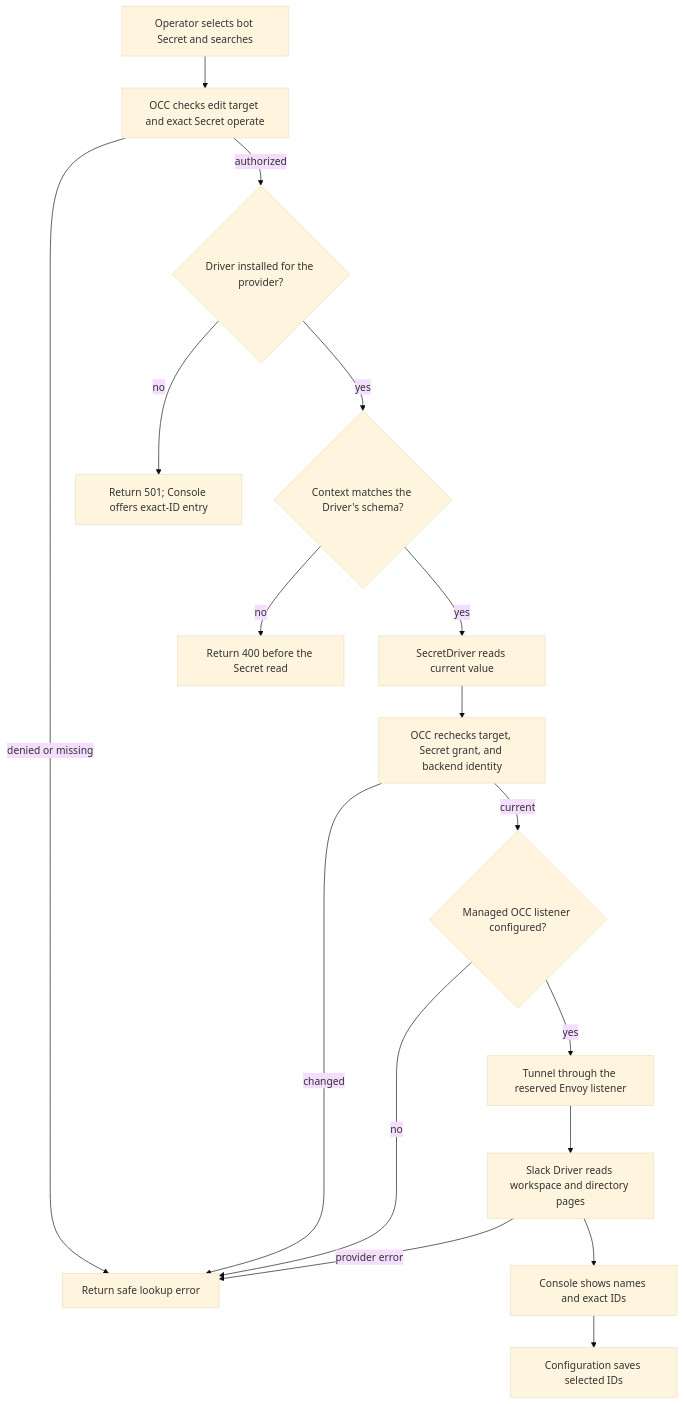
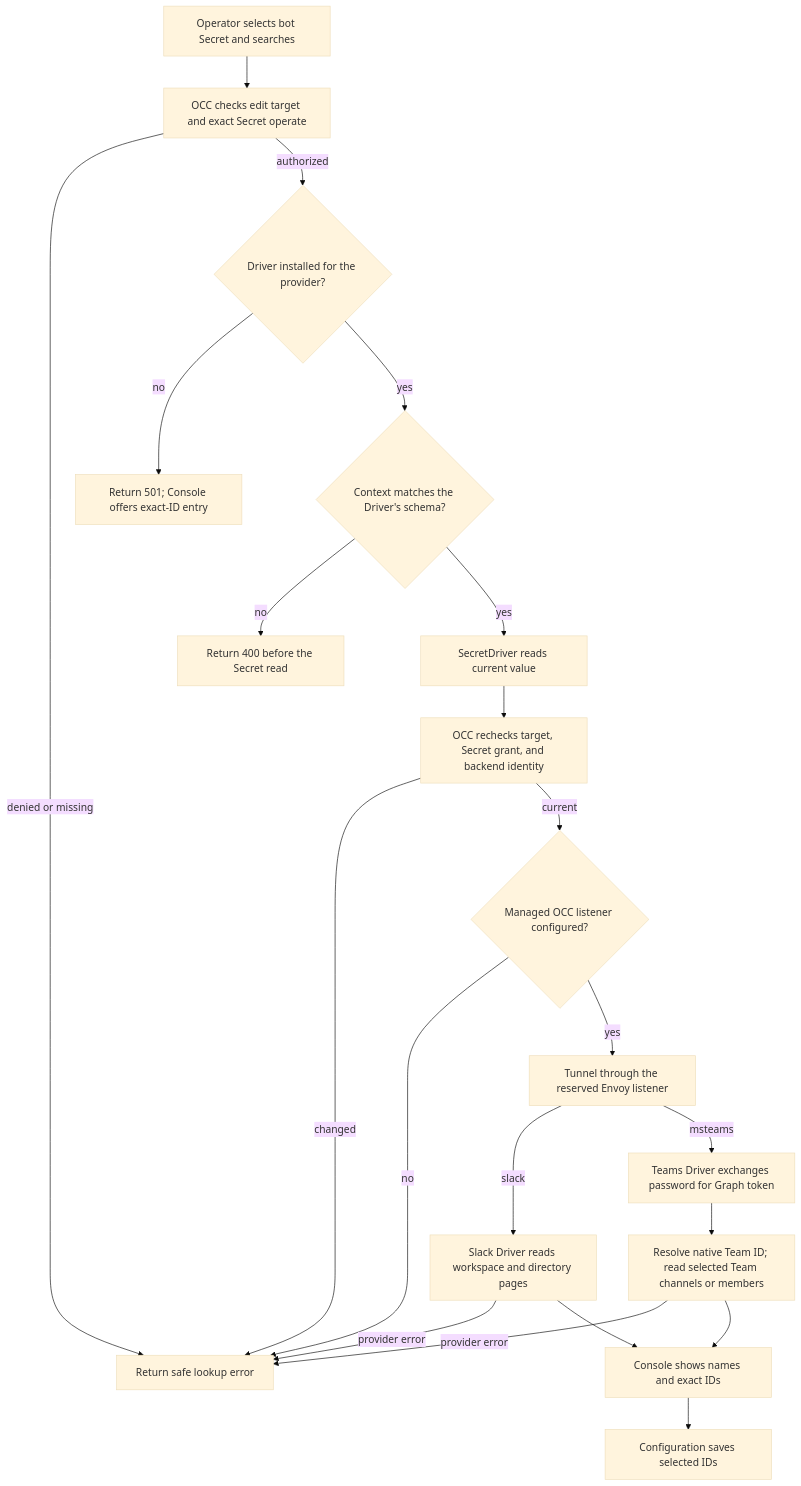
The diagram in docs/flows/agent-channel-directory.md (raw-labs/openclaw-enterprise), drawn with Mermaid (base theme) before and after one commit. The commit also changed other lines of this file and 96 other files, not shown here.

First line of the commit message:
feat(teams): add Microsoft Teams channels with managed Envoy egress

````diff
--- a/docs/flows/agent-channel-directory.md
+++ b/docs/flows/agent-channel-directory.md
@@ -31,19 +32,23 @@
 ```mermaid
 graph TD
   A["Operator selects bot Secret and searches"] --> B["OCC checks edit target and exact Secret operate"]
   B -->|denied or missing| X["Return safe lookup error"]
   B -->|authorized| P{"Driver installed for the provider?"}
   P -->|no| U["Return 501; Console offers exact-ID entry"]
   P -->|yes| K{"Context matches the Driver's schema?"}
   K -->|no| I["Return 400 before the Secret read"]
   K -->|yes| C["SecretDriver reads current value"]
   C --> D["OCC rechecks target, Secret grant, and backend identity"]
   D -->|changed| X
   D -->|current| M{"Managed OCC listener configured?"}
   M -->|no| X
   M -->|yes| H["Tunnel through the reserved Envoy listener"]
-  H --> E["Slack Driver reads workspace and directory pages"]
+  H -->|slack| E["Slack Driver reads workspace and directory pages"]
+  H -->|msteams| T["Teams Driver exchanges password for Graph token"]
+  T --> V["Resolve native Team ID; read selected Team channels or members"]
+  V -->|provider error| X
+  V --> F
   E -->|provider error| X
   E --> F["Console shows names and exact IDs"]
   F --> G["Configuration saves selected IDs"]
 ```
````
